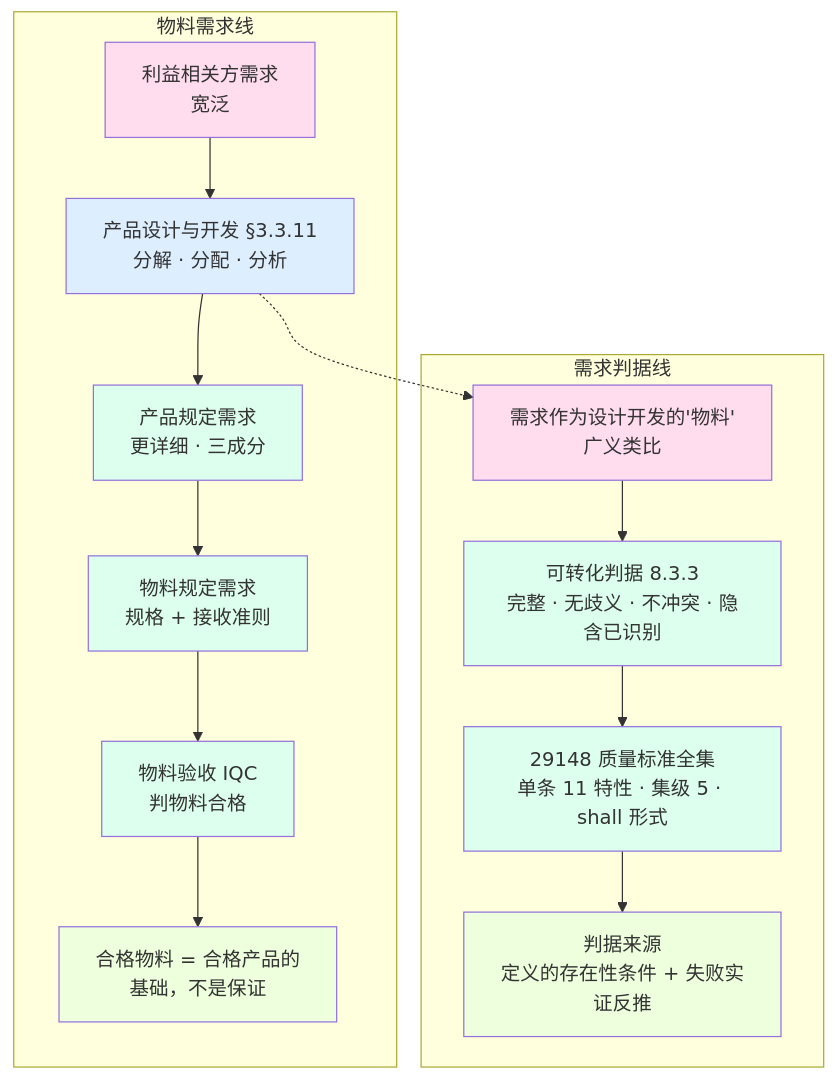
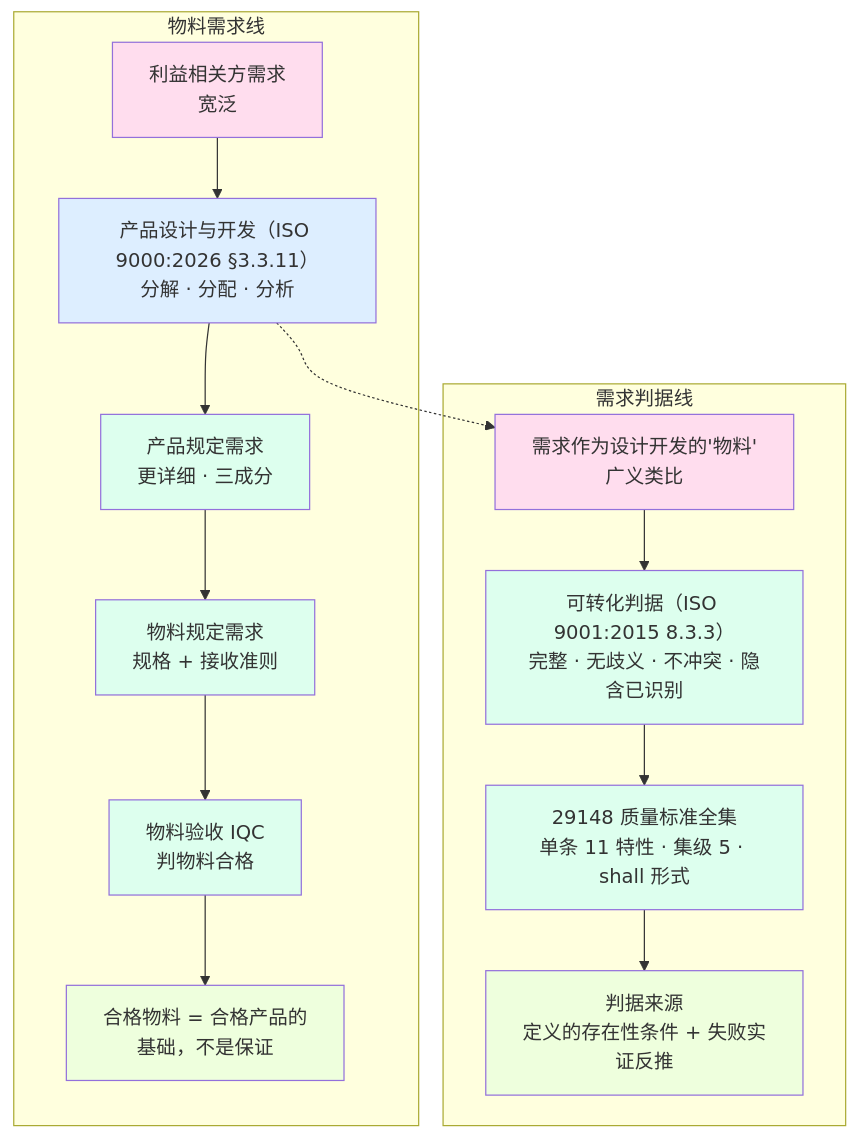
The third of 3 diagrams in 10-系统工程研究/00-系统工程相关研究报告/19-物料需求与需求判据研究报告-从产品需求到需求的质量判据.md (Yongjunzhou/business-Engineering), drawn with Mermaid before and after one commit. The commit also changed other lines of this file and 31 other files, not shown here.

````diff
--- a/10-系统工程研究/00-系统工程相关研究报告/19-物料需求与需求判据研究报告-从产品需求到需求的质量判据.md
+++ b/10-系统工程研究/00-系统工程相关研究报告/19-物料需求与需求判据研究报告-从产品需求到需求的质量判据.md
@@ -349,26 +408,26 @@
 ```mermaid
 flowchart TD
     subgraph 物料需求线
-        A["利益相关方需求<br/>宽泛"] --> B["产品设计与开发 §3.3.11<br/>分解 · 分配 · 分析"]
+        A["利益相关方需求<br/>宽泛"] --> B["产品设计与开发（ISO 9000:2026 §3.3.11）<br/>分解 · 分配 · 分析"]
         B --> C["产品规定需求<br/>更详细 · 三成分"]
         C --> D["物料规定需求<br/>规格 + 接收准则"]
         D --> E["物料验收 IQC<br/>判物料合格"]
         E --> F["合格物料 = 合格产品的<br/>基础，不是保证"]
     end
     subgraph 需求判据线
-        G["需求作为设计开发的'物料'<br/>广义类比"] --> H["可转化判据 8.3.3<br/>完整 · 无歧义 · 不冲突 · 隐含已识别"]
+        G["需求作为设计开发的'物料'<br/>广义类比"] --> H["可转化判据（ISO 9001:2015 8.3.3）<br/>完整 · 无歧义 · 不冲突 · 隐含已识别"]
         H --> I["29148 质量标准全集<br/>单条 11 特性 · 集级 5 · shall 形式"]
         I --> J["判据来源<br/>定义的存在性条件 + 失败实证反推"]
     end
     B -.-> G
     style A fill:#fde
     style B fill:#def
     style C fill:#dfe
     style D fill:#dfe
     style E fill:#dfe
     style F fill:#efd
     style G fill:#fde
     style H fill:#dfe
     style I fill:#dfe
     style J fill:#efd
 ```
````
